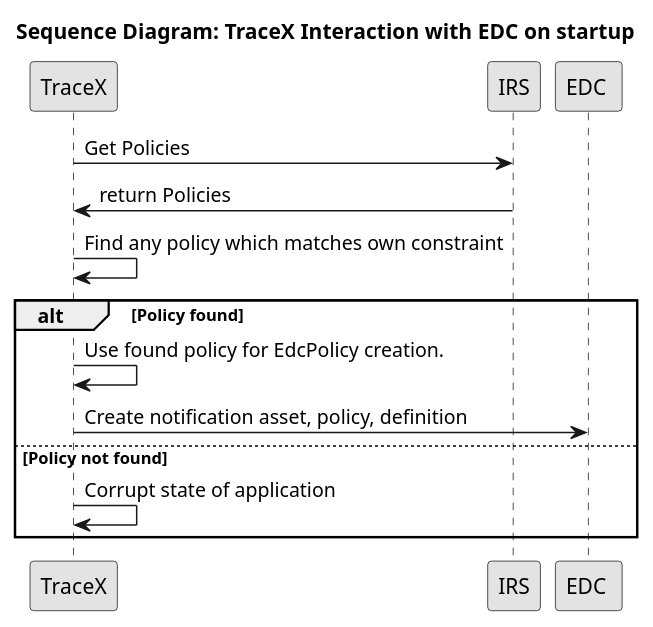
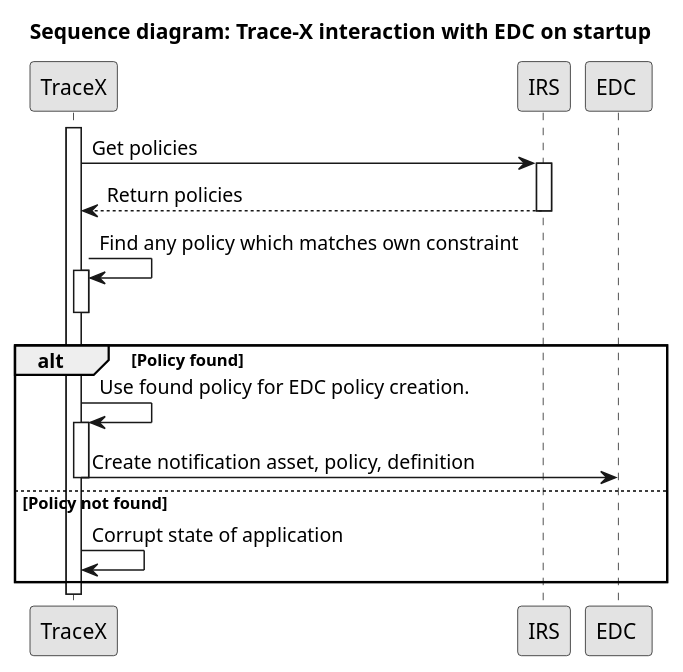
Before and after one commit to eclipse-tractusx/traceability-foss: the first of 2 diagrams in docs/src/uml-diagrams/arc42/runtime-view/policies/policy-startup-notification-contract.puml, drawn with PlantUML. The commit also changed other lines of this file and 4 other files, not shown here.

```diff
--- a/docs/src/uml-diagrams/arc42/runtime-view/policies/policy-startup-notification-contract.puml
+++ b/docs/src/uml-diagrams/arc42/runtime-view/policies/policy-startup-notification-contract.puml
@@ -1,22 +1,28 @@
 @startuml
 skinparam monochrome true
 skinparam shadowing false
 skinparam defaultFontName "Architects daughter"
 
-title Sequence Diagram: TraceX Interaction with EDC on startup
+title Sequence diagram: Trace-X interaction with EDC on startup
 participant "TraceX" as TraceX
 participant "IRS" as IRS
 participant "EDC " as EDC
 
-TraceX -> IRS: Get Policies
-IRS -> TraceX : return Policies
+activate TraceX
+TraceX -> IRS: Get policies
+activate IRS
+IRS --> TraceX : Return policies
+deactivate IRS
 TraceX -> TraceX: Find any policy which matches own constraint
+activate TraceX
+deactivate TraceX
 
 alt Policy found
-    TraceX -> TraceX: Use found policy for EdcPolicy creation.
+    TraceX -> TraceX: Use found policy for EDC policy creation.
+    activate TraceX
     TraceX -> EDC : Create notification asset, policy, definition
+    deactivate TraceX
 else Policy not found
     TraceX -> TraceX: Corrupt state of application
 end
-
 @enduml
```
